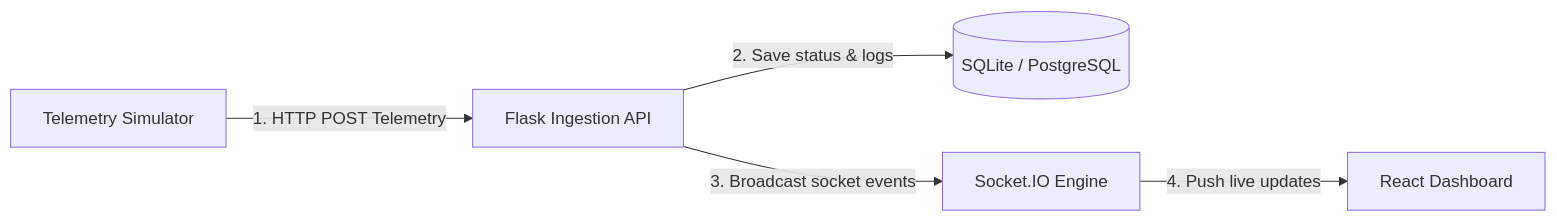
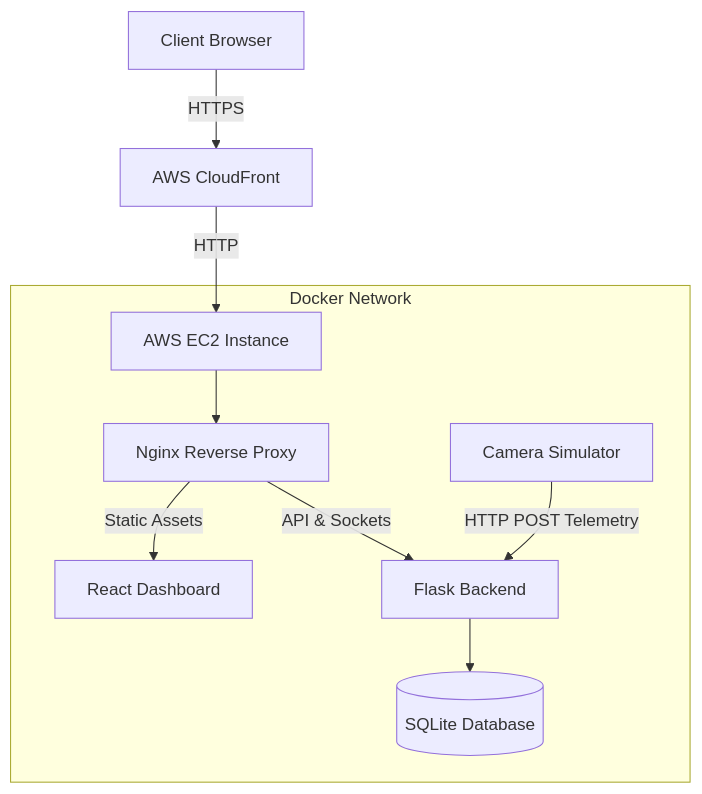
One commit to chudasamapujan/CamGuard changed the diagram in README.md. Above: the diagram before and after it, drawn with Mermaid. The commit also changed other lines of this file, not shown here.

````diff
--- a/README.md
+++ b/README.md
@@ -98,7 +35,13 @@
 ```mermaid
-flowchart LR
-    Sim[Telemetry Simulator] -->|1. HTTP POST Telemetry| BE[Flask Ingestion API]
-    BE -->|2. Save status & logs| DB[(SQLite / PostgreSQL)]
-    BE -->|3. Broadcast socket events| SIO[Socket.IO Engine]
-    SIO -->|4. Push live updates| UI[React Dashboard]
+graph TD
+    Client[Client Browser] -->|HTTPS| CF[AWS CloudFront]
+    CF -->|HTTP| EC2[AWS EC2 Instance]
+    
+    subgraph Docker Network
+        EC2 --> Nginx[Nginx Reverse Proxy]
+        Nginx -->|Static Assets| React[React Dashboard]
+        Nginx -->|API & Sockets| Flask[Flask Backend]
+        Flask --> DB[(SQLite Database)]
+        Sim[Camera Simulator] -->|HTTP POST Telemetry| Flask
+    end
 ```
````
